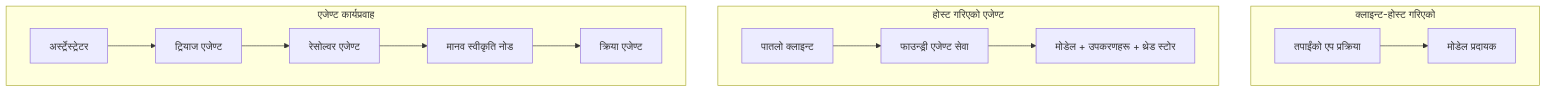
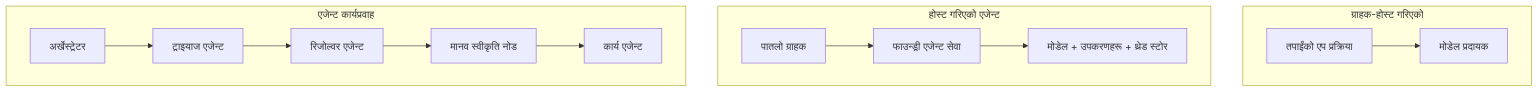
The first of 4 diagrams in mirrors/repos/microsoft@ai-agents-for-beginners/translations/ne/16-deploying-scalable-agents/README.md (gabrielmoreira/agent-skills-mirror), drawn with Mermaid before and after one commit. The commit also changed other lines of this file and 3581 other files, not shown here.

````diff
--- a/mirrors/repos/microsoft@ai-agents-for-beginners/translations/ne/16-deploying-scalable-agents/README.md
+++ b/mirrors/repos/microsoft@ai-agents-for-beginners/translations/ne/16-deploying-scalable-agents/README.md
@@ -87,16 +87,16 @@
 ```mermaid
 flowchart TB
-    subgraph P1[क्लाइन्ट-होस्ट गरिएको]
+    subgraph P1[ग्राहक-होस्ट गरिएको]
         A1[तपाईंको एप प्रक्रिया] --> M1[मोडेल प्रदायक]
     end
-    subgraph P2[होस्ट गरिएको एजेण्ट]
-        A2[पातलो क्लाइन्ट] --> F2[फाउन्ड्री एजेण्ट सेवा]
+    subgraph P2[होस्ट गरिएको एजेन्ट]
+        A2[पातलो ग्राहक] --> F2[फाउन्ड्री एजेन्ट सेवा]
         F2 --> M2[मोडेल + उपकरणहरू + थ्रेड स्टोर]
     end
-    subgraph P3[एजेण्ट कार्यप्रवाह]
-        A3[अर्स्ट्रेस्ट्रेटर] --> S1[ट्रियाज एजेण्ट]
-        S1 --> S2[रेसोल्वर एजेण्ट]
+    subgraph P3[एजेन्ट कार्यप्रवाह]
+        A3[अर्खेस्ट्रेटर] --> S1[ट्राइयाज एजेन्ट]
+        S1 --> S2[रिजोल्वर एजेन्ट]
         S2 --> H[मानव स्वीकृति नोड]
-        H --> S3[क्रिया एजेण्ट]
+        H --> S3[कार्य एजेन्ट]
     end
 ```
````
